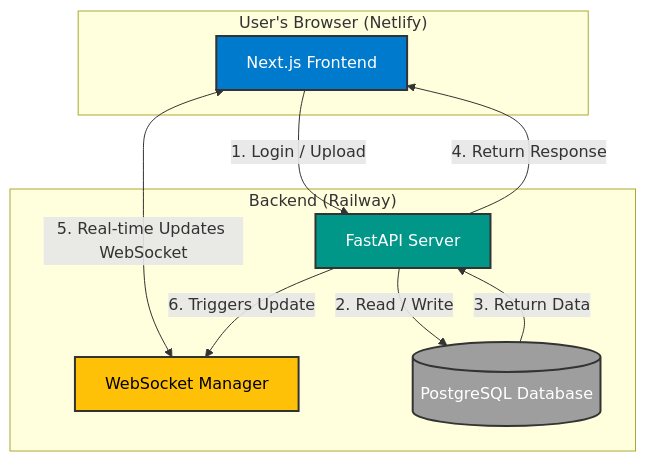
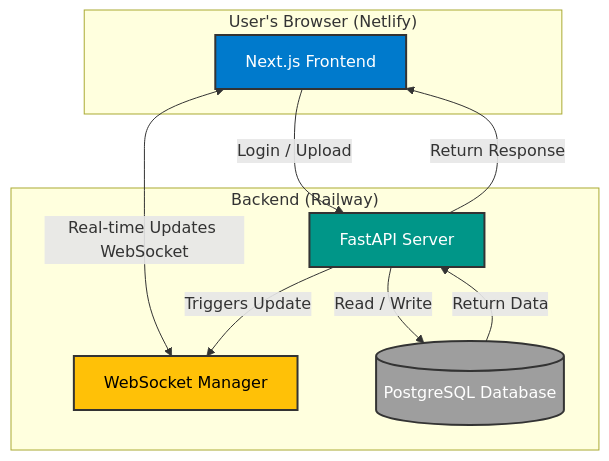
One commit to NathanKneT/medical-image-platform changed the first of 2 diagrams in README.md. Above: the diagram before and after it, drawn with Mermaid. The commit also changed other lines of this file, not shown here.

`````diff
--- a/README.md
+++ b/README.md
@@ -23,28 +23,28 @@
 ````mermaid
 graph TD
     %% Frontend
     subgraph "User's Browser (Netlify)"
         A[Next.js Frontend]
     end
 
     %% Backend
     subgraph "Backend (Railway)"
         B[FastAPI Server]
         C[WebSocket Manager]
         D[(PostgreSQL Database)]
     end
 
     %% Flow
-    A -->|1. Login / Upload | B
-    B -->|2. Read / Write| D
-    D -->|3. Return Data| B
-    B -->|4. Return Response| A
+    A -->|Login / Upload | B
+    B -->|Read / Write| D
+    D -->|Return Data| B
+    B -->|Return Response| A
 
-    A <--> |5. Real-time Updates WebSocket| C
-    B --> |6. Triggers Update| C
+    A <--> |Real-time Updates WebSocket| C
+    B --> |Triggers Update| C
 
     style A fill:#007acc,stroke:#333,stroke-width:2px,color:#fff
     style B fill:#009688,stroke:#333,stroke-width:2px,color:#fff
     style C fill:#ffc107,stroke:#333,stroke-width:2px,color:#000
     style D fill:#9e9e9e,stroke:#333,stroke-width:2px,color:#fff
 ````
`````
